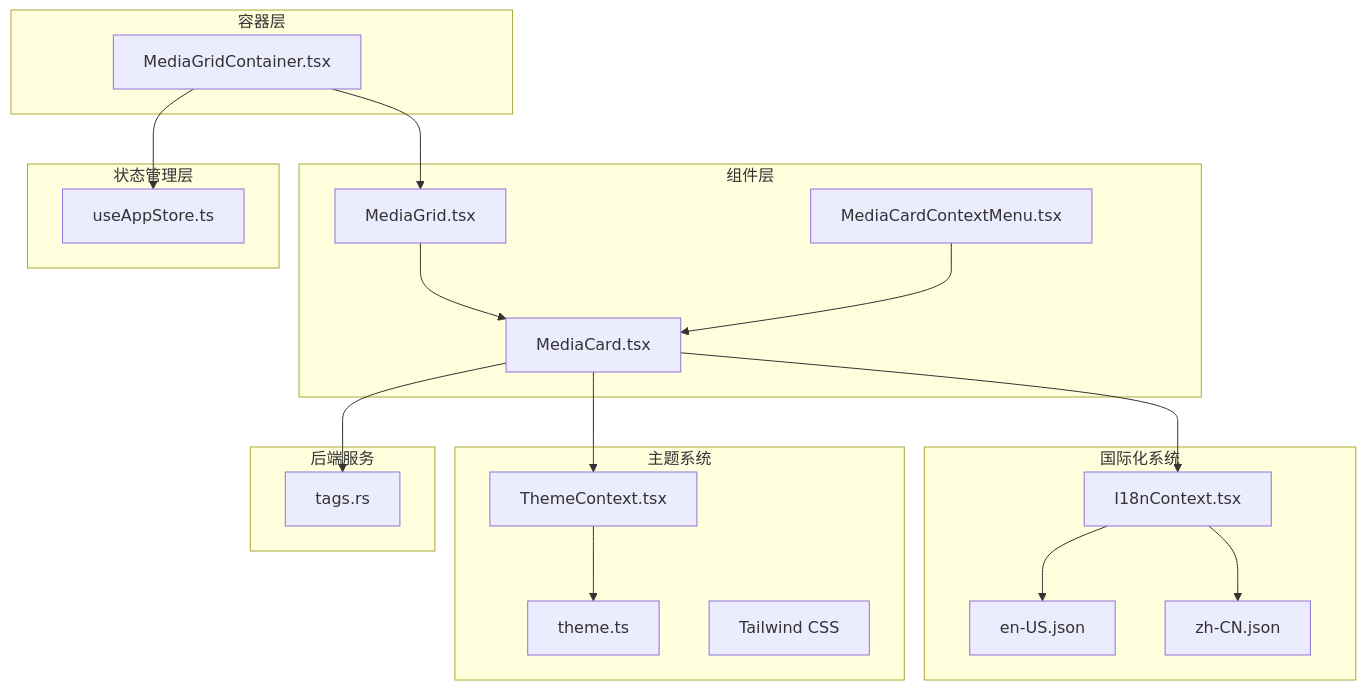
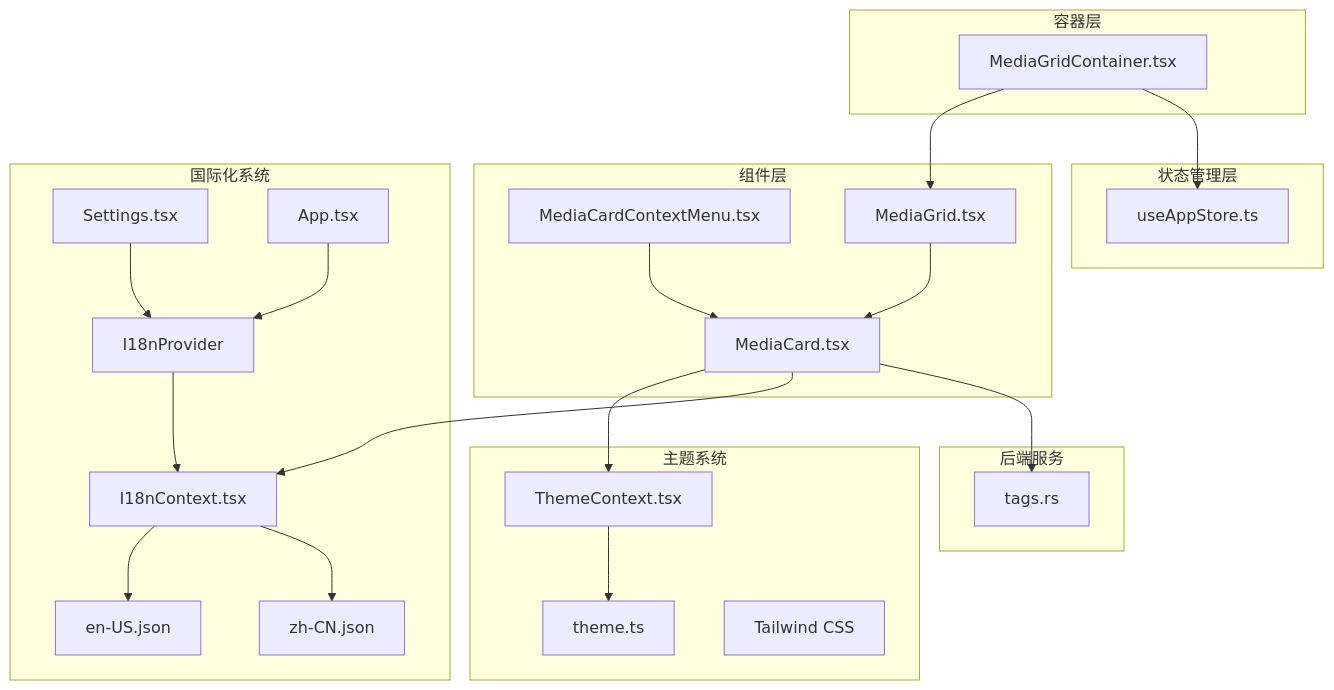
Before and after one commit to YLee9527/Medex: the first of 13 diagrams in doc/repowiki/zh/content/UI 组件/核心组件/MediaCard 媒体卡片组件.md, drawn with Mermaid. The commit also changed other lines of this file and 31 other files, not shown here.

First line of the commit message:
docs(doc): 添加部署脚本、锁屏功能、发布指南及设置按钮图标文档

````diff
--- a/doc/repowiki/zh/content/UI 组件/核心组件/MediaCard 媒体卡片组件.md
+++ b/doc/repowiki/zh/content/UI 组件/核心组件/MediaCard 媒体卡片组件.md
@@ -43,37 +49,43 @@
 ```mermaid
 graph TB
 subgraph "组件层"
 MediaCard[MediaCard.tsx]
 MediaCardContextMenu[MediaCardContextMenu.tsx]
 MediaGrid[MediaGrid.tsx]
 end
 subgraph "容器层"
 MediaGridContainer[MediaGridContainer.tsx]
 end
 subgraph "状态管理层"
 useAppStore[useAppStore.ts]
 end
 subgraph "国际化系统"
 I18nContext[I18nContext.tsx]
+I18nProvider[I18nProvider]
 enUS[en-US.json]
 zhCN[zh-CN.json]
+Settings[Settings.tsx]
+App[App.tsx]
 end
 subgraph "主题系统"
 ThemeContext[ThemeContext.tsx]
 theme[theme.ts]
 tailwind[Tailwind CSS]
 end
 subgraph "后端服务"
 tagsService[tags.rs]
 end
 MediaGridContainer --> MediaGrid
 MediaGrid --> MediaCard
 MediaCardContextMenu --> MediaCard
 MediaGridContainer --> useAppStore
 MediaCard --> ThemeContext
 MediaCard --> I18nContext
+I18nProvider --> I18nContext
+I18nContext --> enUS
+I18nContext --> zhCN
+Settings --> I18nProvider
+App --> I18nProvider
 ThemeContext --> theme
 MediaCard --> tagsService
-I18nContext --> enUS
-I18nContext --> zhCN
 ```
````
